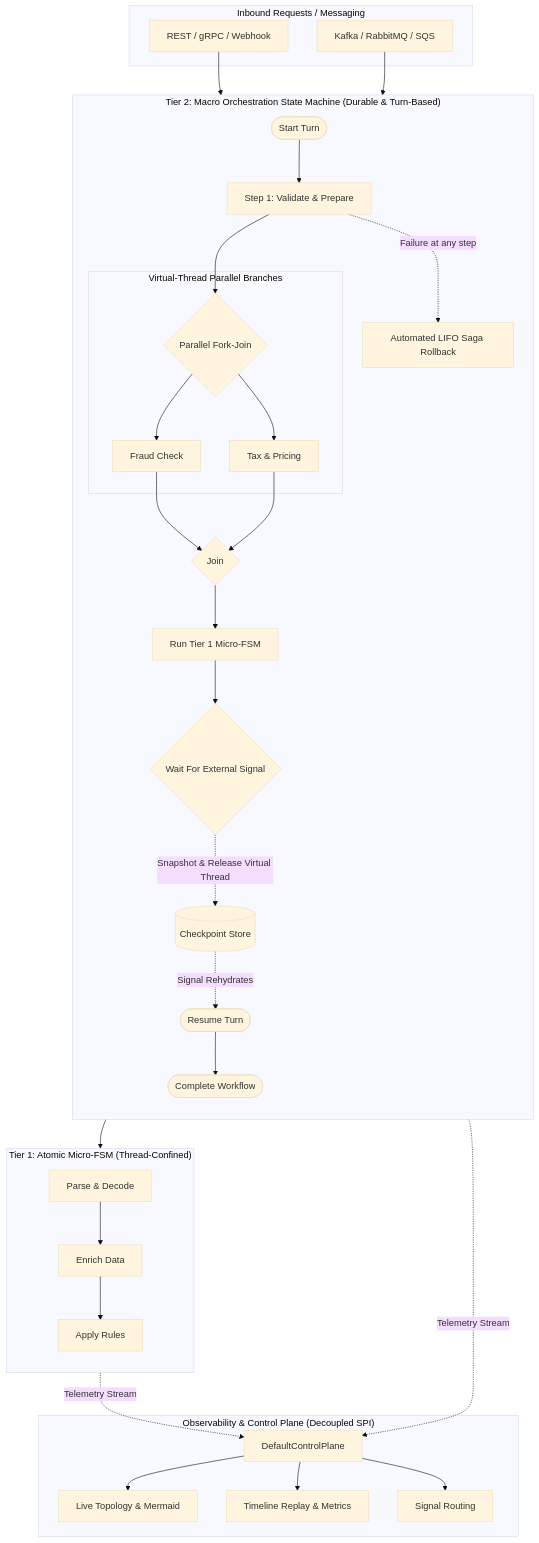
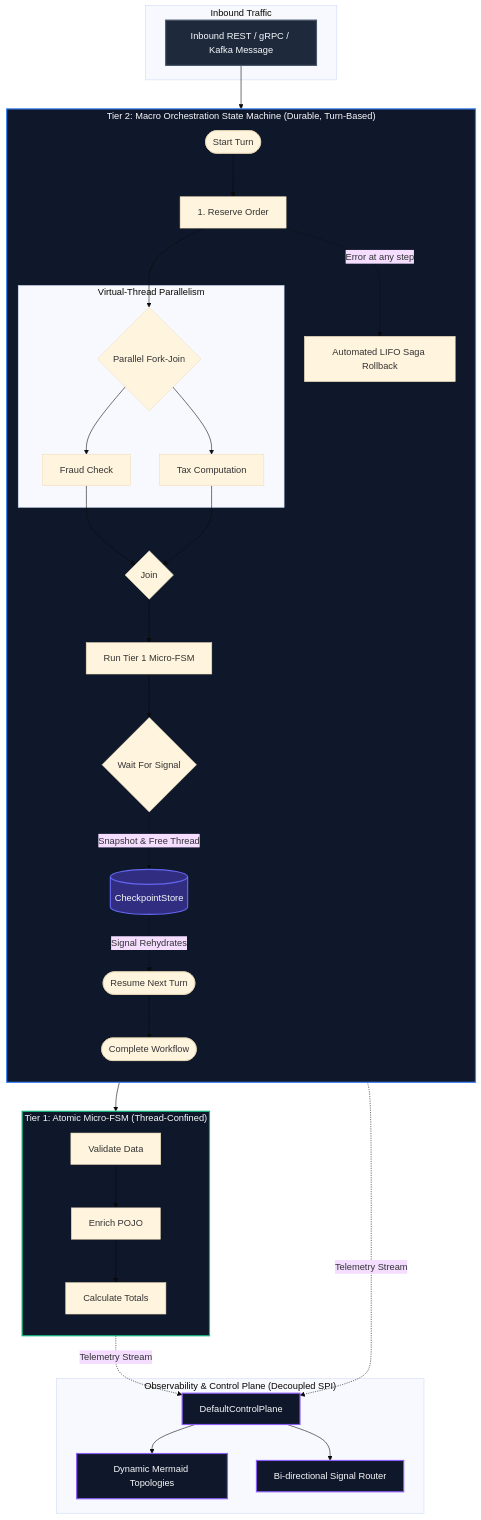
The first of 2 diagrams in README.md (f442y/dispersion), drawn with Mermaid (base theme) before and after one commit. The commit also changed other lines of this file, not shown here.

Commit message:
docs: polish landing page README with hero ASCII banner, capability cards, styled mermaid diagram, and benchmark comparison

````diff
--- a/README.md
+++ b/README.md
@@ -18,47 +74,53 @@
 ```mermaid
 graph TD
-    subgraph Inbound["Inbound Requests / Messaging"]
-        API["REST / gRPC / Webhook"]
-        MSG["Kafka / RabbitMQ / SQS"]
+    classDef client fill:#1e293b,stroke:#475569,stroke-width:2px,color:#f8fafc;
+    classDef tier2 fill:#0f172a,stroke:#3b82f6,stroke-width:2px,color:#f8fafc;
+    classDef tier1 fill:#0f172a,stroke:#10b981,stroke-width:2px,color:#f8fafc;
+    classDef control fill:#0f172a,stroke:#8b5cf6,stroke-width:2px,color:#f8fafc;
+    classDef store fill:#312e81,stroke:#6366f1,stroke-width:2px,color:#f8fafc;
+
+    subgraph Client["Inbound Traffic"]
+        REQ["Inbound REST / gRPC / Kafka Message"]:::client
     end
 
-    subgraph Tier2["Tier 2: Macro Orchestration State Machine (Durable & Turn-Based)"]
+    subgraph Tier2["Tier 2: Macro Orchestration State Machine (Durable, Turn-Based)"]
         direction TB
-        T2_START(["Start Turn"]) --> STEP1["Step 1: Validate & Prepare"]
-        STEP1 --> FORK{"Parallel Fork-Join"}
+        START_TURN(["Start Turn"]) --> S1["1. Reserve Order"]
+        S1 --> FORK{"Parallel Fork-Join"}
 
-        subgraph Concurrency["Virtual-Thread Parallel Branches"]
+        subgraph Concurrency["Virtual-Thread Parallelism"]
             FORK --> B1["Fraud Check"]
-            FORK --> B2["Tax & Pricing"]
+            FORK --> B2["Tax Computation"]
         end
 
         B1 & B2 --> JOIN{"Join"}
         JOIN --> EMBED["Run Tier 1 Micro-FSM"]
 
-        EMBED --> SUSPEND{"Wait For External Signal"}
-        SUSPEND -.->|"Snapshot & Release Virtual Thread"| CP[("Checkpoint Store")]
-        CP -.->|"Signal Rehydrates"| RESUME(["Resume Turn"])
-        RESUME --> T2_END(["Complete Workflow"])
+        EMBED --> SUSPEND{"Wait For Signal"}
+        SUSPEND -.->|"Snapshot & Free Thread"| CP[("CheckpointStore")]:::store
+        CP -.->|"Signal Rehydrates"| RESUME(["Resume Next Turn"])
+        RESUME --> FINISH(["Complete Workflow"])
 
-        STEP1 -.->|"Failure at any step"| SAGA["Automated LIFO Saga Rollback"]
+        S1 -.->|"Error at any step"| SAGA["Automated LIFO Saga Rollback"]
     end
 
     subgraph Tier1["Tier 1: Atomic Micro-FSM (Thread-Confined)"]
         direction TB
-        A1["Parse & Decode"] --> A2["Enrich Data"] --> A3["Apply Rules"]
+        A1["Validate Data"] --> A2["Enrich POJO"] --> A3["Calculate Totals"]
     end
 
-    subgraph Control["Observability & Control Plane (Decoupled SPI)"]
-        DCP["DefaultControlPlane"]
-        TOP["Live Topology & Mermaid"]
-        HIST["Timeline Replay & Metrics"]
-        ROUT["Signal Routing"]
+    subgraph Ctrl["Observability & Control Plane (Decoupled SPI)"]
+        DCP["DefaultControlPlane"]:::control
+        TOP["Dynamic Mermaid Topologies"]:::control
+        ROUT["Bi-directional Signal Router"]:::control
+        DCP --> TOP & ROUT
     end
 
-    API --> Tier2
-    MSG --> Tier2
+    REQ --> Tier2
     EMBED --> Tier1
     Tier1 -.->|"Telemetry Stream"| DCP
     Tier2 -.->|"Telemetry Stream"| DCP
-    DCP --> TOP & HIST & ROUT
+
+    class Tier2 tier2;
+    class Tier1 tier1;
 ```
````
